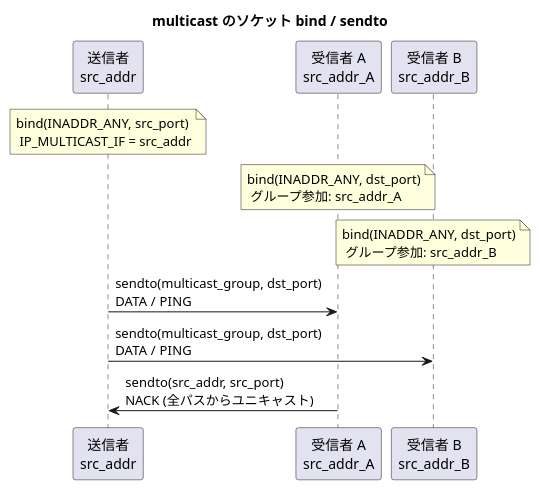
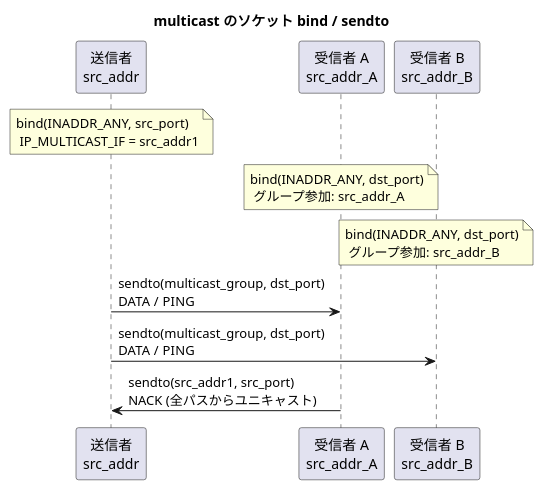
Before and after one commit to Hondarer/app_porter: the fourth of 5 diagrams in docs/config.md, drawn with PlantUML. The commit also changed other lines of this file and 27 other files, not shown here.

````diff
--- a/docs/config.md
+++ b/docs/config.md
@@ -437,17 +453,17 @@
 ```plantuml
 @startuml
 title multicast のソケット bind / sendto
 
 participant "送信者\nsrc_addr" as S
 participant "受信者 A\nsrc_addr_A" as RA
 participant "受信者 B\nsrc_addr_B" as RB
 
-note over S: bind(INADDR_ANY, src_port)\n IP_MULTICAST_IF = src_addr
+note over S: bind(INADDR_ANY, src_port)\n IP_MULTICAST_IF = src_addr1
 note over RA: bind(INADDR_ANY, dst_port)\n グループ参加: src_addr_A
 note over RB: bind(INADDR_ANY, dst_port)\n グループ参加: src_addr_B
 
 S -> RA: sendto(multicast_group, dst_port)\nDATA / PING
 S -> RB: sendto(multicast_group, dst_port)\nDATA / PING
-RA -> S: sendto(src_addr, src_port)\nNACK (全パスからユニキャスト)
+RA -> S: sendto(src_addr1, src_port)\nNACK (全パスからユニキャスト)
 @enduml
 ```
````
